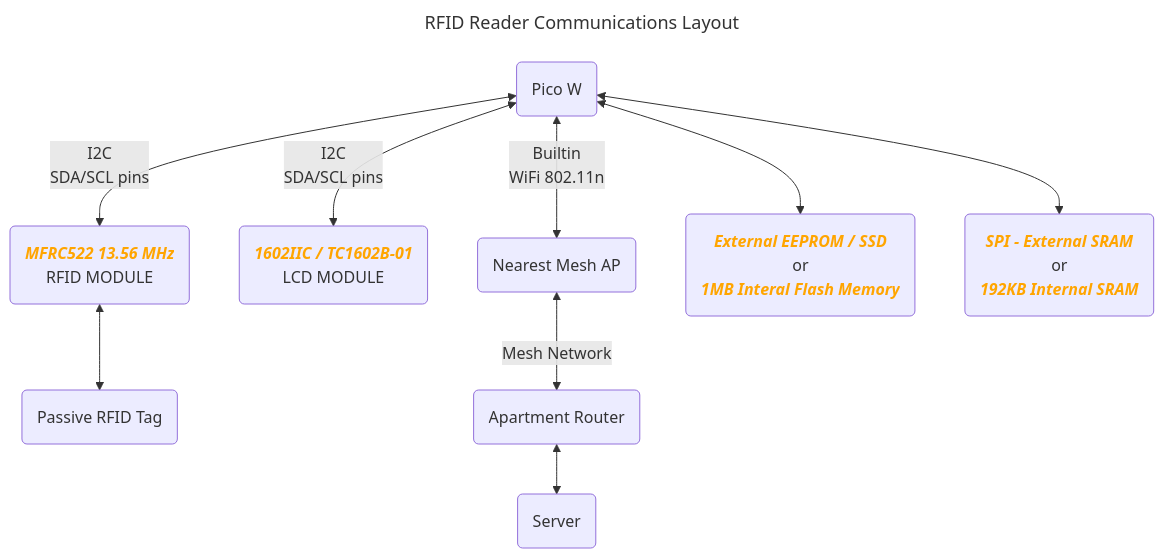
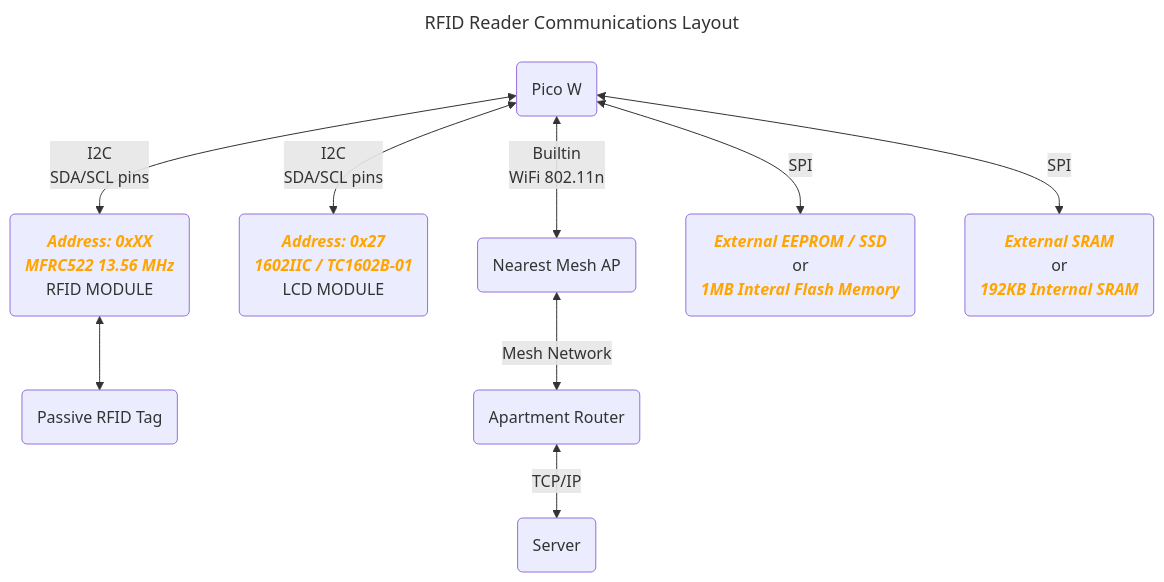
One commit to Rackhamn/iot_arch_project1 changed the fourth of 5 diagrams in README.md. Above: the diagram before and after it, drawn with Mermaid.

Commit message:
Added interface protocols to RFID Reader

````diff
--- a/README.md
+++ b/README.md
@@ -162,15 +162,15 @@
 ```mermaid
 ---
 title: RFID Reader Communications Layout
 ---
 graph
-    PICO("Pico W") <-- I2C<br/>SDA/SCL pins --> RFID_MODULE("<b style="color: orange;"><i>MFRC522 13.56 MHz</i></b><br/>RFID MODULE")
-    PICO <-- I2C<br/>SDA/SCL pins --> LCD_MODULE("<b style="color: orange;"><i>1602IIC / TC1602B-01</i></b><br/>LCD MODULE")
+    PICO("Pico W") <-- I2C<br/>SDA/SCL pins --> RFID_MODULE("<b style="color: orange;"><i>Address: 0xXX<br/>MFRC522 13.56 MHz</i></b><br/>RFID MODULE")
+    PICO <-- I2C<br/>SDA/SCL pins --> LCD_MODULE("<b style="color: orange;"><i>Address: 0x27<br/>1602IIC / TC1602B-01</i></b><br/>LCD MODULE")
     RFID_MODULE <--> RFID_PTAG(Passive RFID Tag)
     PICO <-- Builtin<br/>WiFi 802.11n --> MESH_AP(Nearest Mesh AP)
     MESH_AP <-- Mesh Network --> ROUTER(Apartment Router)
-    ROUTER <--> Server(Server)
-    PICO <--> EEPROM("<b style="color: orange;"><i>External EEPROM / SSD</i></b><br/>or<br/><b style="color: orange;"><i>1MB Interal Flash Memory</i></b><br/>")
-    PICO <--> RAM("<b style="color: orange;"><i>SPI - External SRAM</i></b><br/>or<br/><b style="color: orange;"><i>192KB Internal SRAM</i></b><br/>")
+    ROUTER <-- TCP/IP --> Server(Server)
+    PICO <-- SPI --> EEPROM("<b style="color: orange;"><i>External EEPROM / SSD</i></b><br/>or<br/><b style="color: orange;"><i>1MB Interal Flash Memory</i></b><br/>")
+    PICO <-- SPI --> RAM("<b style="color: orange;"><i>External SRAM</i></b><br/>or<br/><b style="color: orange;"><i>192KB Internal SRAM</i></b><br/>")
   %% <p style="color: orange;"><b><i>Redis</i></b></p>
 ```
````
